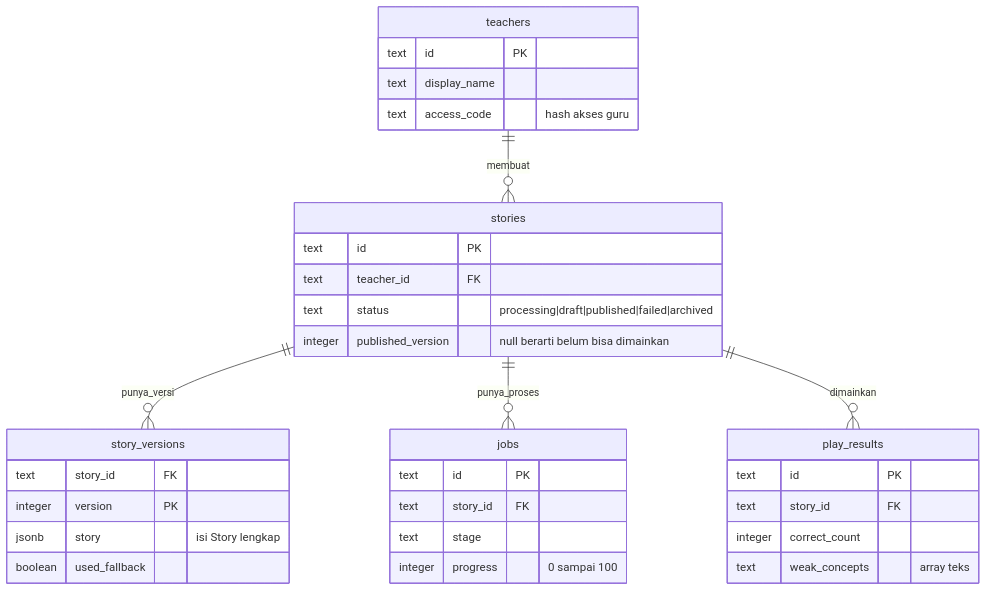
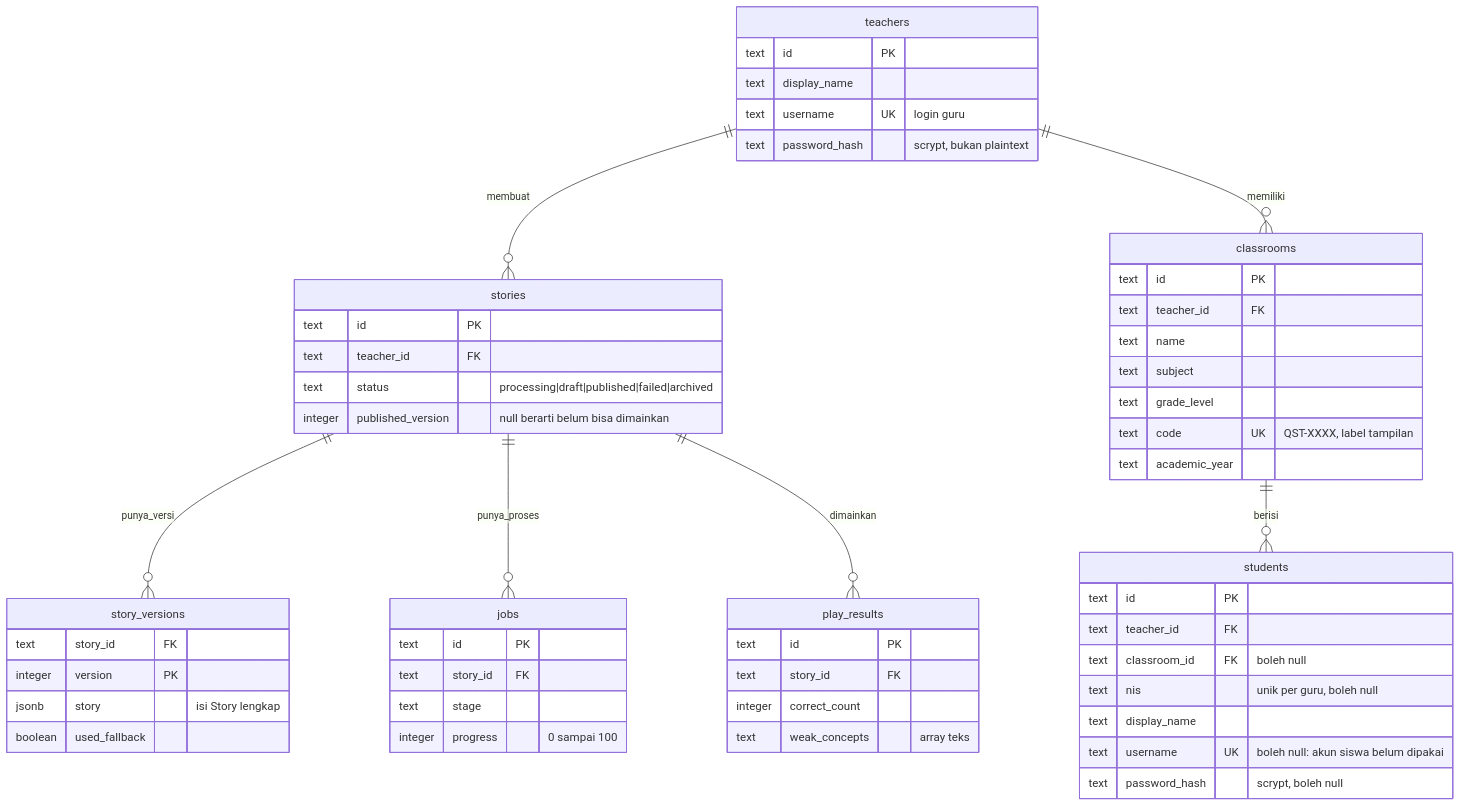
One commit to justeita/ClassQuest changed the first of 2 diagrams in docs/06-backend/persistence.md. Above: the diagram before and after it, drawn with Mermaid. The commit also changed other lines of this file and 20 other files, not shown here.

````diff
--- a/docs/06-backend/persistence.md
+++ b/docs/06-backend/persistence.md
@@ -41,37 +41,58 @@
 ```mermaid
 erDiagram
     teachers ||--o{ stories : membuat
+    teachers ||--o{ classrooms : memiliki
+    classrooms ||--o{ students : berisi
     stories ||--o{ story_versions : punya_versi
     stories ||--o{ jobs : punya_proses
     stories ||--o{ play_results : dimainkan
 
     teachers {
         text id PK
         text display_name
-        text access_code "hash akses guru"
+        text username UK "login guru"
+        text password_hash "scrypt, bukan plaintext"
+    }
+    classrooms {
+        text id PK
+        text teacher_id FK
+        text name
+        text subject
+        text grade_level
+        text code UK "QST-XXXX, label tampilan"
+        text academic_year
+    }
+    students {
+        text id PK
+        text teacher_id FK
+        text classroom_id FK "boleh null"
+        text nis "unik per guru, boleh null"
+        text display_name
+        text username UK "boleh null: akun siswa belum dipakai"
+        text password_hash "scrypt, boleh null"
     }
     stories {
         text id PK
         text teacher_id FK
         text status "processing|draft|published|failed|archived"
         integer published_version "null berarti belum bisa dimainkan"
     }
     story_versions {
         text story_id FK
         integer version PK
         jsonb story "isi Story lengkap"
         boolean used_fallback
     }
     jobs {
         text id PK
         text story_id FK
         text stage
         integer progress "0 sampai 100"
     }
     play_results {
         text id PK
         text story_id FK
         integer correct_count
         text weak_concepts "array teks"
     }
 ```
````
